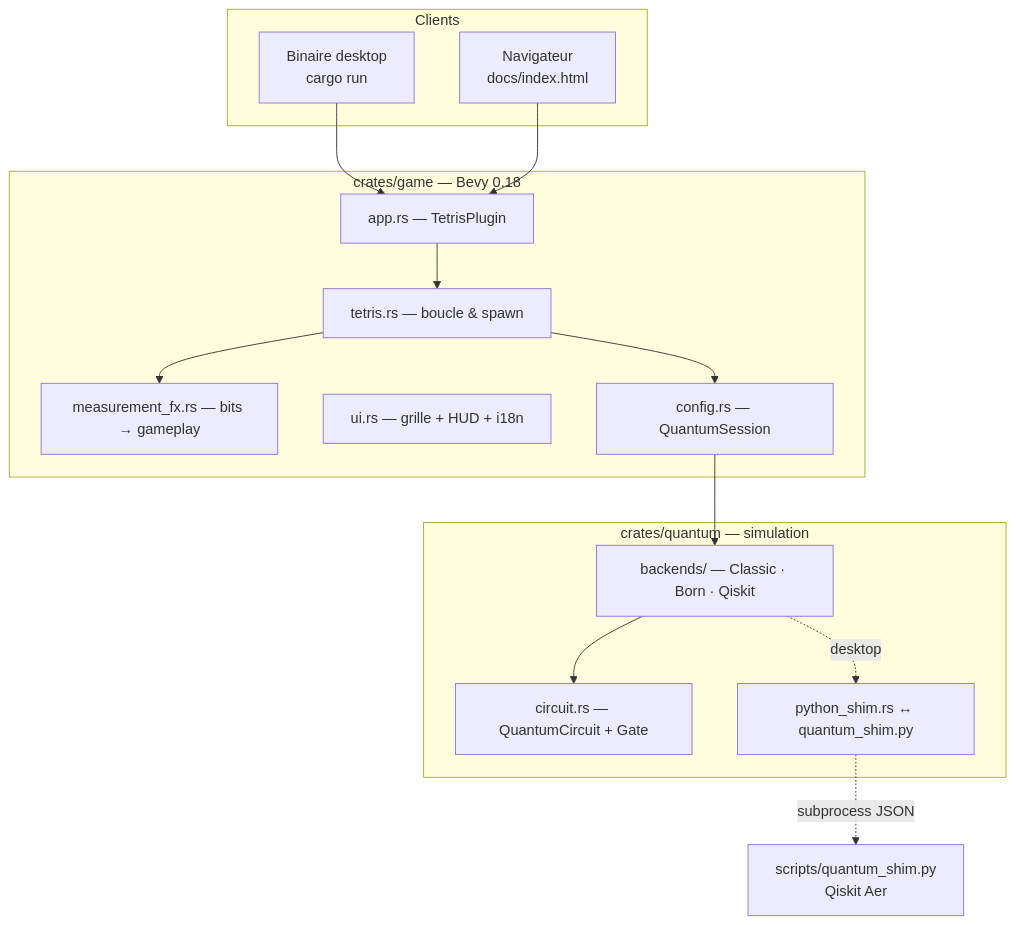
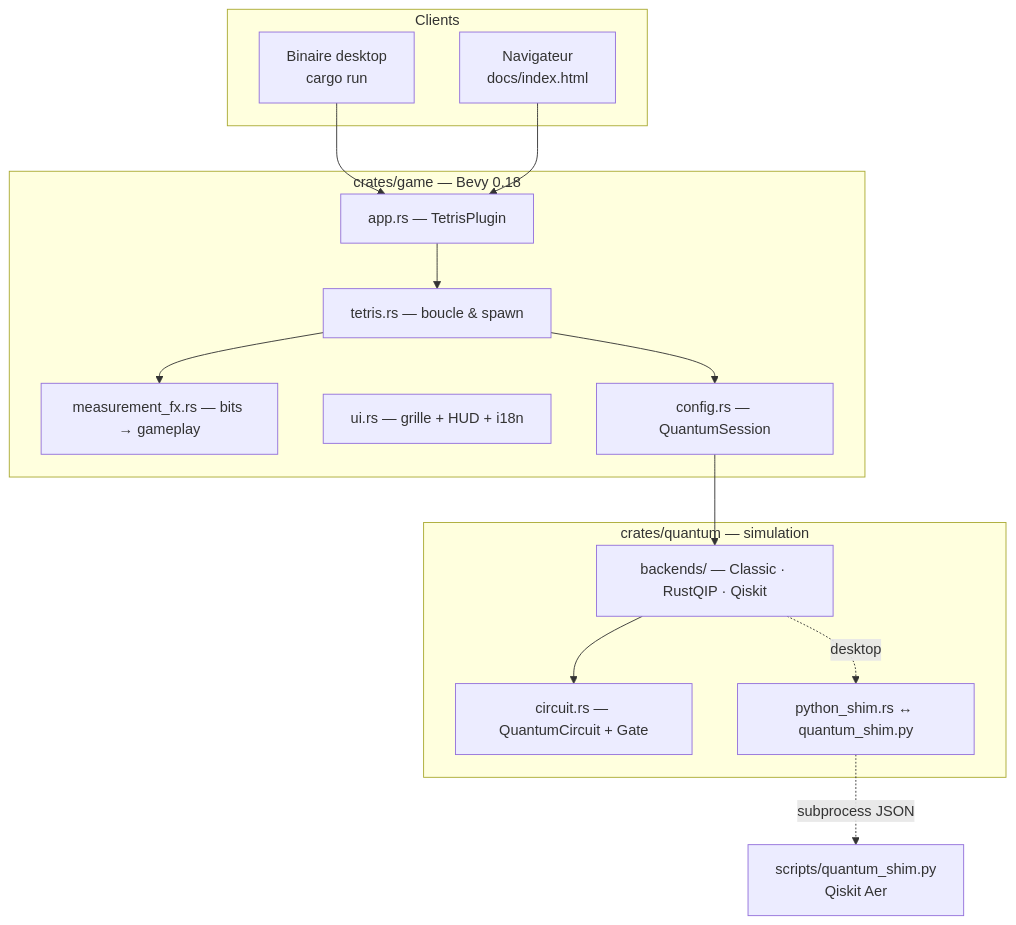
Before and after one commit to thepriben/quantum-tetris: the first of 2 diagrams in README.fr.md, drawn with Mermaid. The commit also changed other lines of this file and 16 other files, not shown here.

First line of the commit message:
Replace BornBackend with RustQIP statevector simulator.

````diff
--- a/README.fr.md
+++ b/README.fr.md
@@ -103,31 +103,31 @@
 ```mermaid
 flowchart TB
   subgraph clients["Clients"]
     DESK["Binaire desktop<br/>cargo run"]
     WASM["Navigateur<br/>docs/index.html"]
   end
 
   subgraph game["crates/game — Bevy 0.18"]
     APP["app.rs — TetrisPlugin"]
     TET["tetris.rs — boucle & spawn"]
     FX["measurement_fx.rs — bits → gameplay"]
     UI["ui.rs — grille + HUD + i18n"]
     CFG["config.rs — QuantumSession"]
   end
 
   subgraph quantum["crates/quantum — simulation"]
     IR["circuit.rs — QuantumCircuit + Gate"]
-    BE["backends/ — Classic · Born · Qiskit"]
+    BE["backends/ — Classic · RustQIP · Qiskit"]
     SHIM["python_shim.rs ↔ quantum_shim.py"]
   end
 
   DESK --> APP
   WASM --> APP
   APP --> TET
   TET --> FX
   TET --> CFG
   CFG --> BE
   BE --> IR
   BE -.->|desktop| SHIM
   SHIM -.->|subprocess JSON| PY["scripts/quantum_shim.py<br/>Qiskit Aer"]
 ```
````
